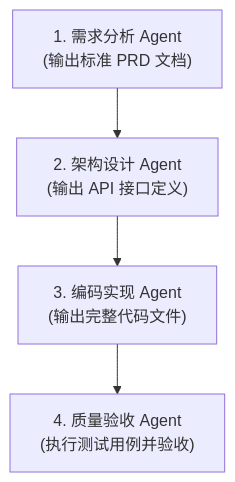
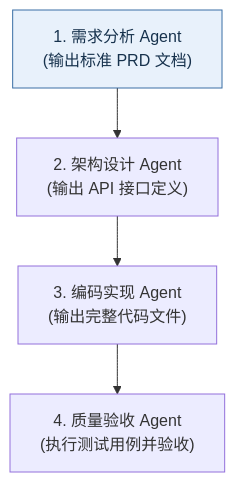
Before and after one commit to buffer121328/vibe-coding-and-agents: the diagram in 02_概念扫盲/img/diagrams/09-diagram-03.mmd, drawn with Mermaid. The commit also changed 168 other files, not shown here.

```diff
--- a/02_概念扫盲/img/diagrams/09-diagram-03.mmd
+++ b/02_概念扫盲/img/diagrams/09-diagram-03.mmd
@@ -1,4 +1,7 @@
 graph TD
     A["1. 需求分析 Agent\n(输出标准 PRD 文档)"] --> B["2. 架构设计 Agent\n(输出 API 接口定义)"]
     B --> C["3. 编码实现 Agent\n(输出完整代码文件)"]
     C --> D["4. 质量验收 Agent\n(执行测试用例并验收)"]
+
+%% Academic palette: restrained blue, teal, gold, violet, and coral accents.
+style A fill:#E8F1FB,stroke:#3A6EA5,color:#17324D
```
